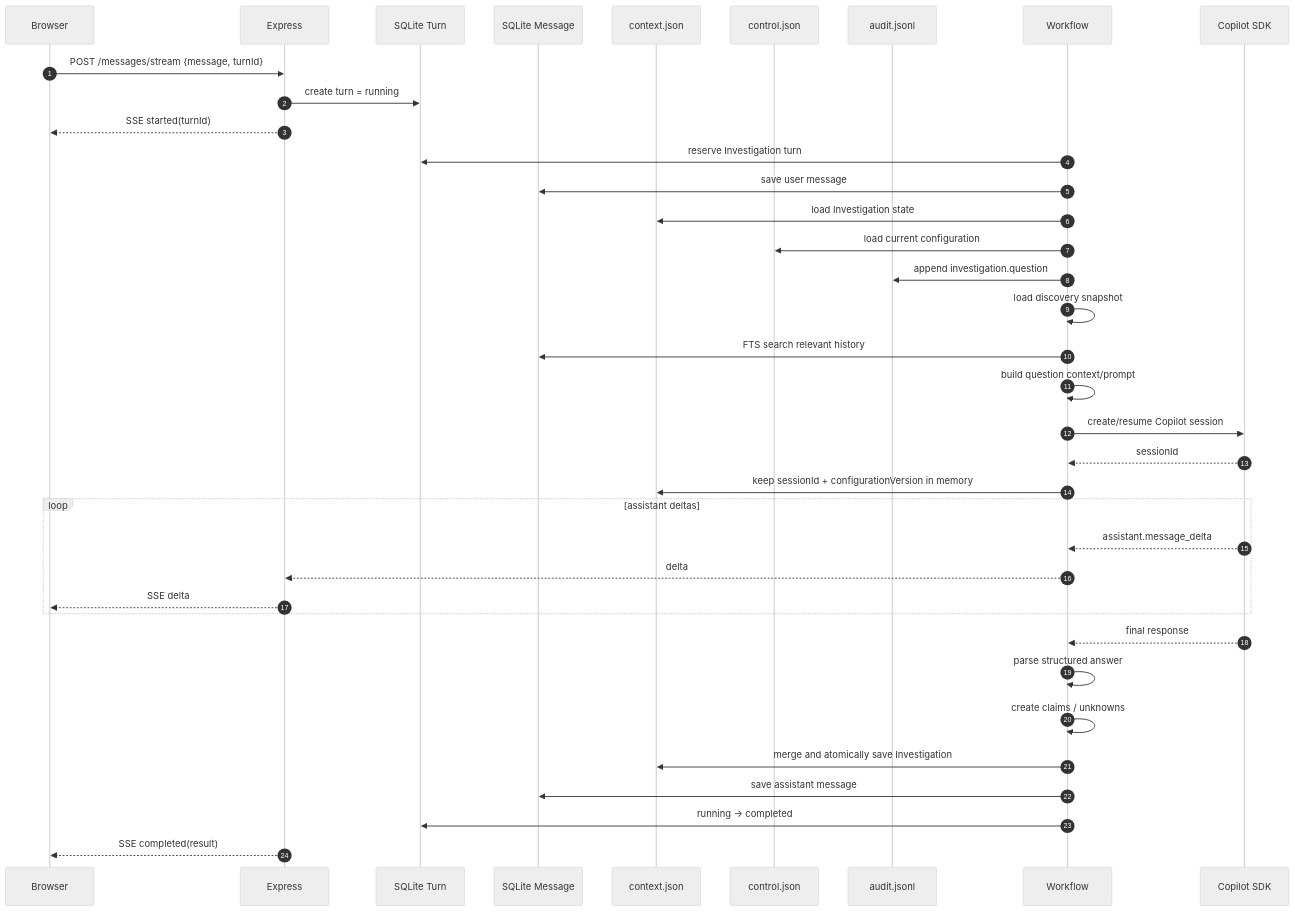
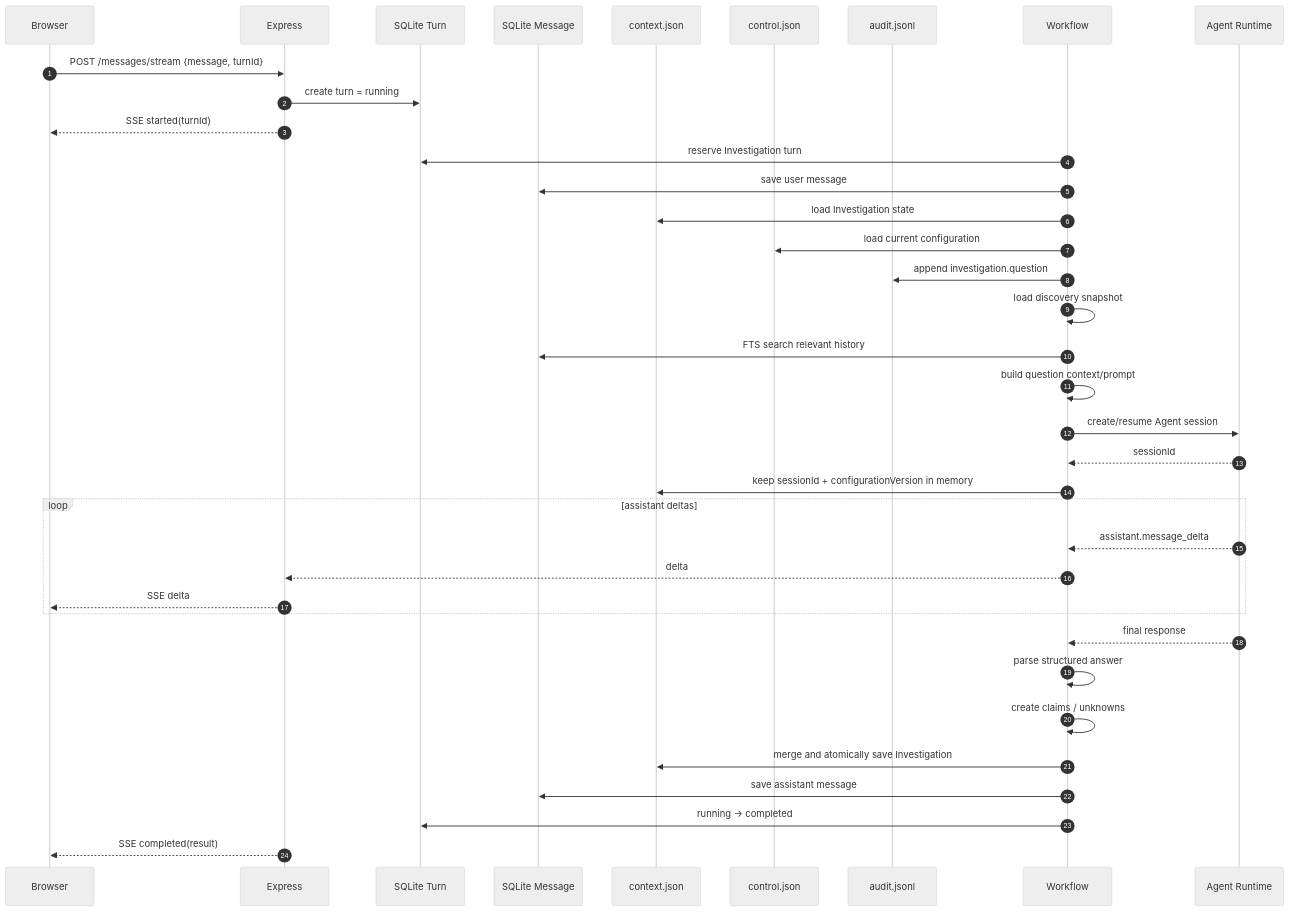
Before and after one commit to saga/agentic-data-architect: the second of 8 diagrams in docs/data-control-flow.md, drawn with Mermaid (neutral theme). The commit also changed other lines of this file, not shown here.

Commit message:
docs: generalize control flow to all agent runtimes

```diff
--- a/docs/data-control-flow.md
+++ b/docs/data-control-flow.md
@@ -78,45 +78,45 @@
 ~~~mermaid
 sequenceDiagram
     autonumber
     participant U as Browser
     participant API as Express
     participant T as SQLite Turn
     participant M as SQLite Message
     participant C as context.json
     participant K as control.json
     participant A as audit.jsonl
     participant W as Workflow
-    participant CP as Copilot SDK
+    participant RT as Agent Runtime
 
     U->>API: POST /messages/stream {message, turnId}
     API->>T: create turn = running
     API-->>U: SSE started(turnId)
 
     W->>T: reserve Investigation turn
     W->>M: save user message
     W->>C: load Investigation state
     W->>K: load current configuration
     W->>A: append investigation.question
 
     W->>W: load discovery snapshot
     W->>M: FTS search relevant history
     W->>W: build question context/prompt
 
-    W->>CP: create/resume Copilot session
-    CP-->>W: sessionId
+    W->>RT: create/resume Agent session
+    RT-->>W: sessionId
     W->>C: keep sessionId + configurationVersion in memory
 
     loop assistant deltas
-        CP-->>W: assistant.message_delta
+        RT-->>W: assistant.message_delta
         W-->>API: delta
         API-->>U: SSE delta
     end
 
-    CP-->>W: final response
+    RT-->>W: final response
     W->>W: parse structured answer
     W->>W: create claims / unknowns
     W->>C: merge and atomically save Investigation
     W->>M: save assistant message
     W->>T: running -> completed
     API-->>U: SSE completed(result)
 ~~~
```
